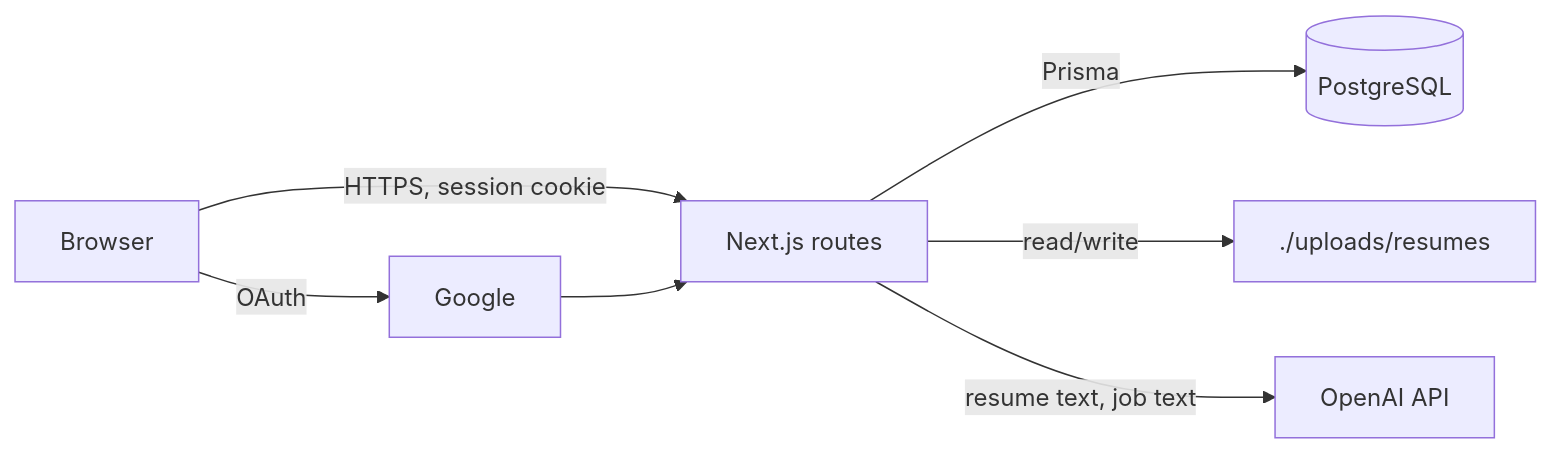
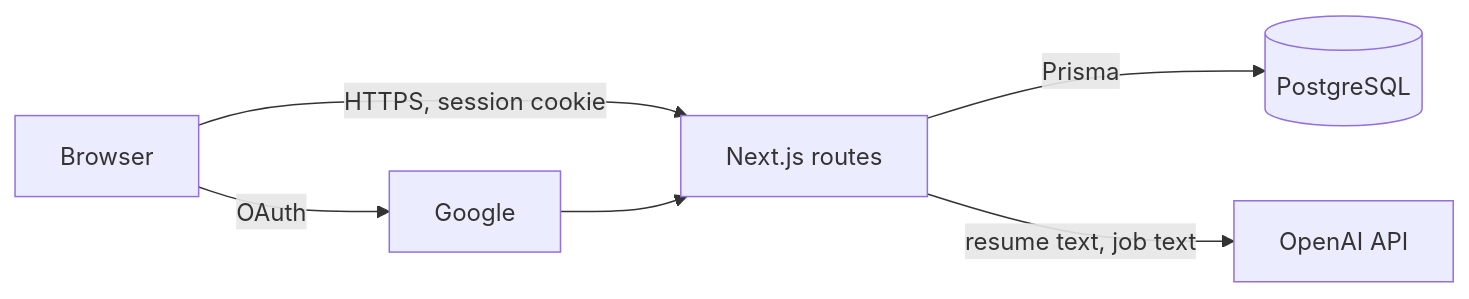
The diagram in docs/quality/threat-model.md (abhisheksingh24/career-buddy), drawn with Mermaid before and after one commit. The commit also changed other lines of this file and 13 other files, not shown here.

Commit message:
Make resume uploads safe: 5 MB limit, content-based type check, files stored in database (#36)

````diff
--- a/docs/quality/threat-model.md
+++ b/docs/quality/threat-model.md
@@ -18,9 +18,8 @@
 ```mermaid
 flowchart LR
   B[Browser] -->|HTTPS, session cookie| N[Next.js routes]
   N -->|Prisma| D[(PostgreSQL)]
-  N -->|read/write| F[./uploads/resumes]
-  N -->|resume text, job text| O[OpenAI API]
+    N -->|resume text, job text| O[OpenAI API]
   B -->|OAuth| G[Google]
   G --> N
 ```
````
